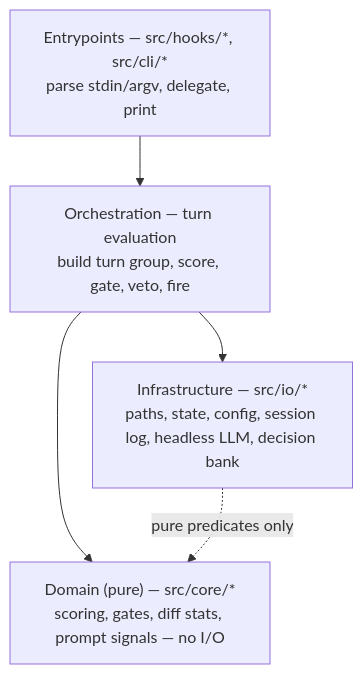
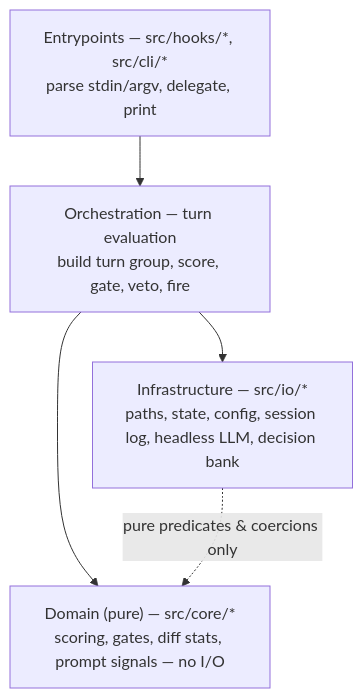
Before and after one commit to marcindobrzynski-dev/stoic-stack-plugin: the first of 2 diagrams in thoughts/shared/.project/architecture.md, drawn with Mermaid. The commit also changed other lines of this file and 11 other files, not shown here.

````diff
--- a/thoughts/shared/.project/architecture.md
+++ b/thoughts/shared/.project/architecture.md
@@ -60,9 +60,9 @@
 ```mermaid
 graph TD
     E["Entrypoints — src/hooks/*, src/cli/*<br/>parse stdin/argv, delegate, print"] --> O
     O["Orchestration — turn evaluation<br/>build turn group, score, gate, veto, fire"] --> D
     O --> I
     D["Domain (pure) — src/core/*<br/>scoring, gates, diff stats, prompt signals — no I/O"]
     I["Infrastructure — src/io/*<br/>paths, state, config, session log, headless LLM, decision bank"]
-    I -. "pure predicates only" .-> D
+    I -. "pure predicates & coercions only" .-> D
 ```
````
